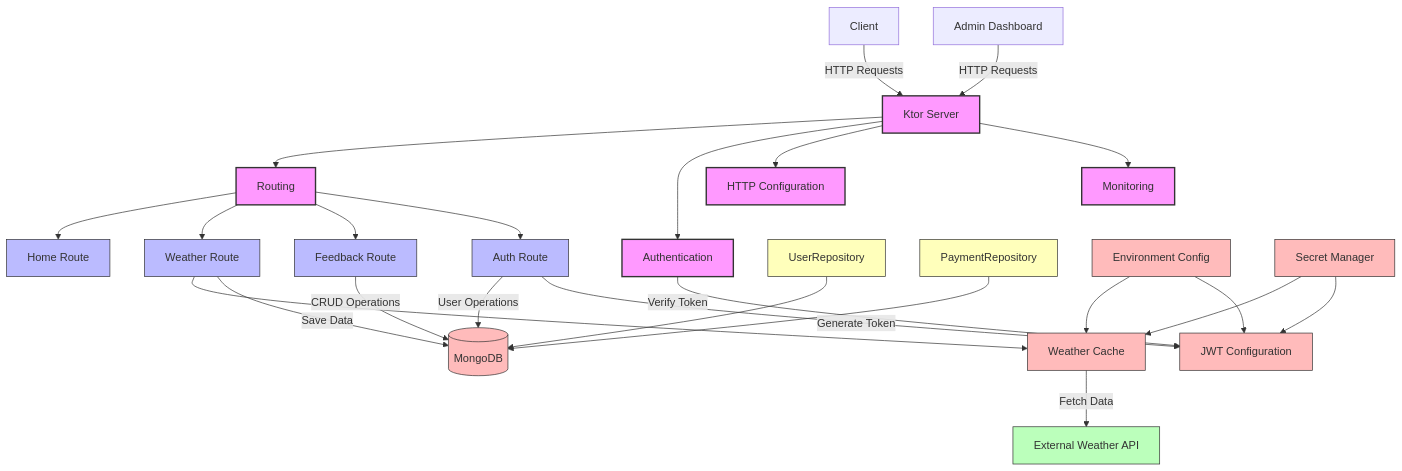
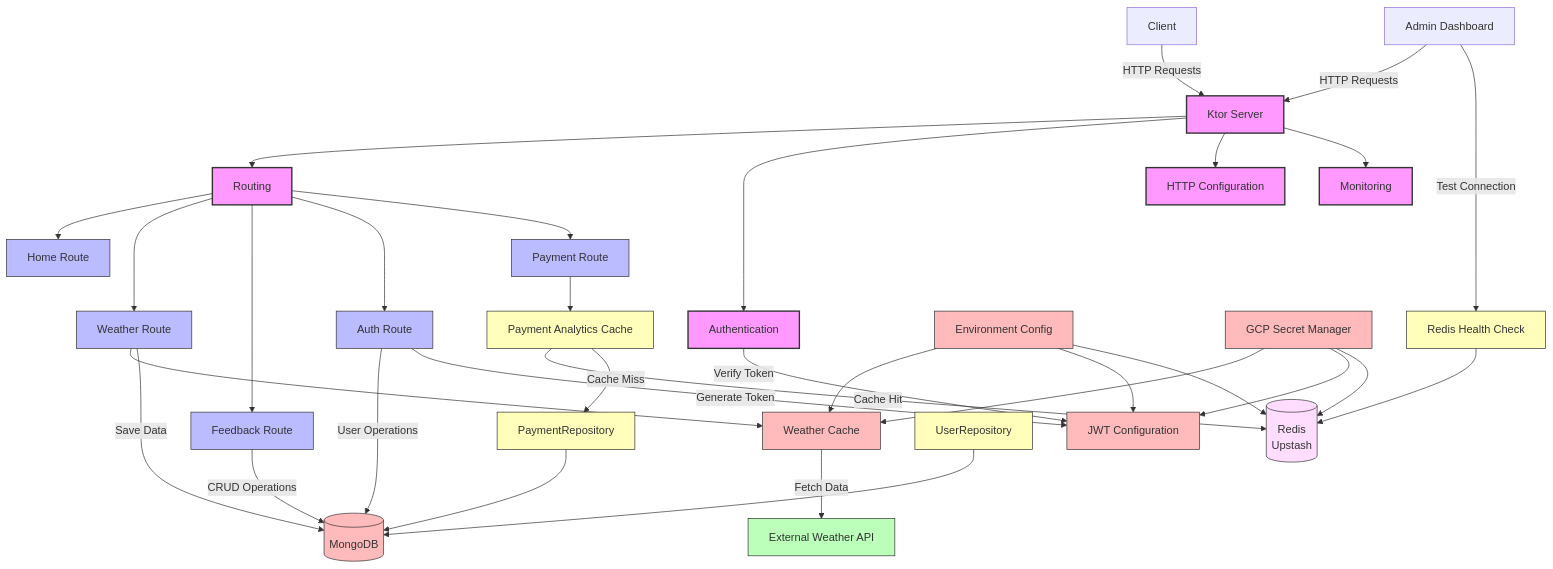
One commit to bosankus/weatherify-api-ktor changed the diagram in docs/architecture.md. Above: the diagram before and after it, drawn with Mermaid. The commit also changed other lines of this file and 25 other files, not shown here.

````diff
--- a/docs/architecture.md
+++ b/docs/architecture.md
@@ -3,55 +3,68 @@
 ```mermaid
 graph TD
     Client[Client] --> |HTTP Requests| Server[Ktor Server]
     AdminUI[Admin Dashboard] --> |HTTP Requests| Server
     
     %% Main Application Components
     Server --> Routing[Routing]
     Server --> Authentication[Authentication]
     Server --> HTTP[HTTP Configuration]
     Server --> Monitoring[Monitoring]
     
     %% Routes
     Routing --> HomeRoute[Home Route]
     Routing --> WeatherRoute[Weather Route]
     Routing --> FeedbackRoute[Feedback Route]
     Routing --> AuthRoute[Auth Route]
-    
+    Routing --> PaymentRoute[Payment Route]
     
     %% Weather Components
     WeatherRoute --> WeatherCache[Weather Cache]
     WeatherCache --> |Fetch Data| ExternalAPI[External Weather API]
     WeatherRoute --> |Save Data| Database[(MongoDB)]
     
     %% Auth Components
     AuthRoute --> |User Operations| Database
     AuthRoute --> |Generate Token| JWTConfig[JWT Configuration]
     Authentication --> |Verify Token| JWTConfig
     
     %% Feedback Components
     FeedbackRoute --> |CRUD Operations| Database
     
+    %% Payment & Analytics Components
+    PaymentRoute --> PaymentAnalyticsCache[Payment Analytics Cache]
+    PaymentAnalyticsCache --> |Cache Hit| Redis[(Redis<br/>Upstash)]
+    PaymentAnalyticsCache --> |Cache Miss| PaymentRepository
+    PaymentRepository --> Database
+    
     %% Data Access
     UserRepository --> Database
-    PaymentRepository --> Database
+    
+    %% Admin Tools
+    AdminUI --> |Test Connection| RedisHealthCheck[Redis Health Check]
+    RedisHealthCheck --> Redis
     
     %% Environment & Configuration
     Environment[Environment Config] --> WeatherCache
     Environment --> JWTConfig
-    SecretManager[Secret Manager] --> WeatherCache
+    Environment --> Redis
+    SecretManager[GCP Secret Manager] --> WeatherCache
     SecretManager --> JWTConfig
+    SecretManager --> Redis
     
     %% Legend
     classDef core fill:#f9f,stroke:#333,stroke-width:2px;
     classDef route fill:#bbf,stroke:#333,stroke-width:1px;
     classDef external fill:#bfb,stroke:#333,stroke-width:1px;
     classDef data fill:#fbb,stroke:#333,stroke-width:1px;
     classDef service fill:#ffb,stroke:#333,stroke-width:1px;
+    classDef cache fill:#fdf,stroke:#333,stroke-width:1px;
     classDef job fill:#fbf,stroke:#333,stroke-width:1px;
     
     class Server,Routing,Authentication,HTTP,Monitoring core;
-    class HomeRoute,WeatherRoute,FeedbackRoute,AuthRoute route;
+    class HomeRoute,WeatherRoute,FeedbackRoute,AuthRoute,PaymentRoute route;
     class ExternalAPI external;
-    class Database,Environment,SecretManager,JWTConfig,WeatherCache data;
-    class UserRepository,PaymentRepository service;
+    class Database,Environment,SecretManager,JWTConfig,WeatherCache,Redis data;
+    class UserRepository,PaymentRepository,PaymentAnalyticsCache,RedisHealthCheck service;
+    class Redis cache;
 ```
````
